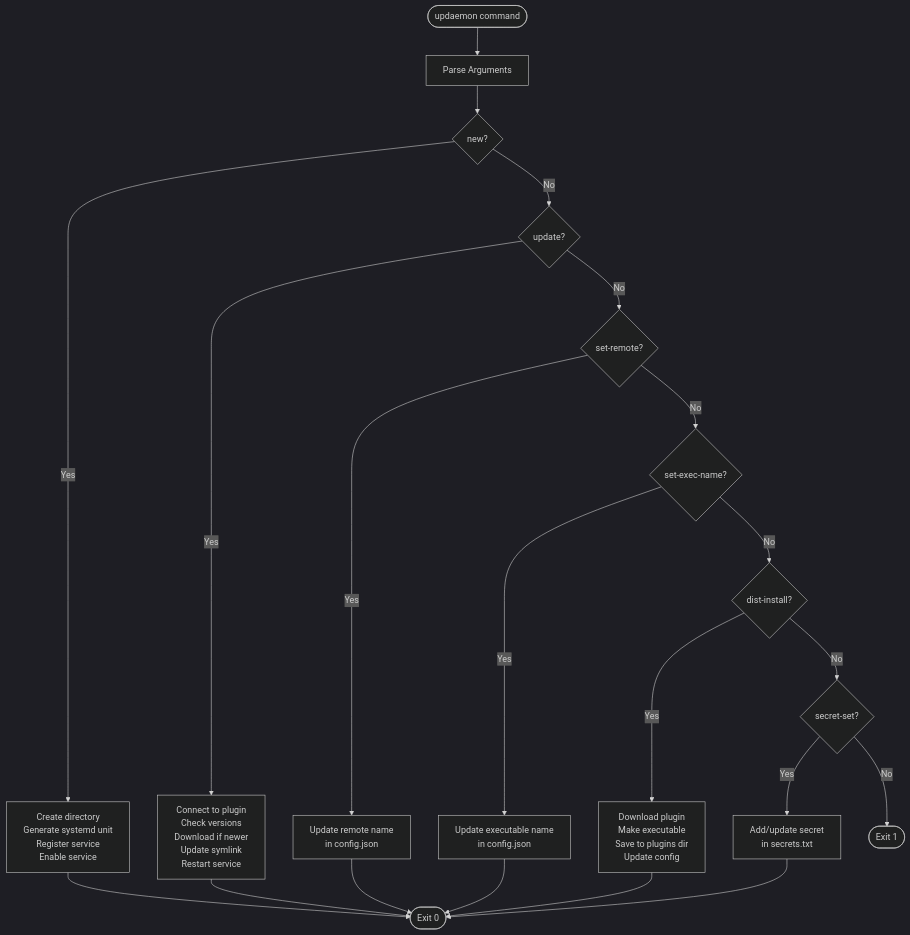
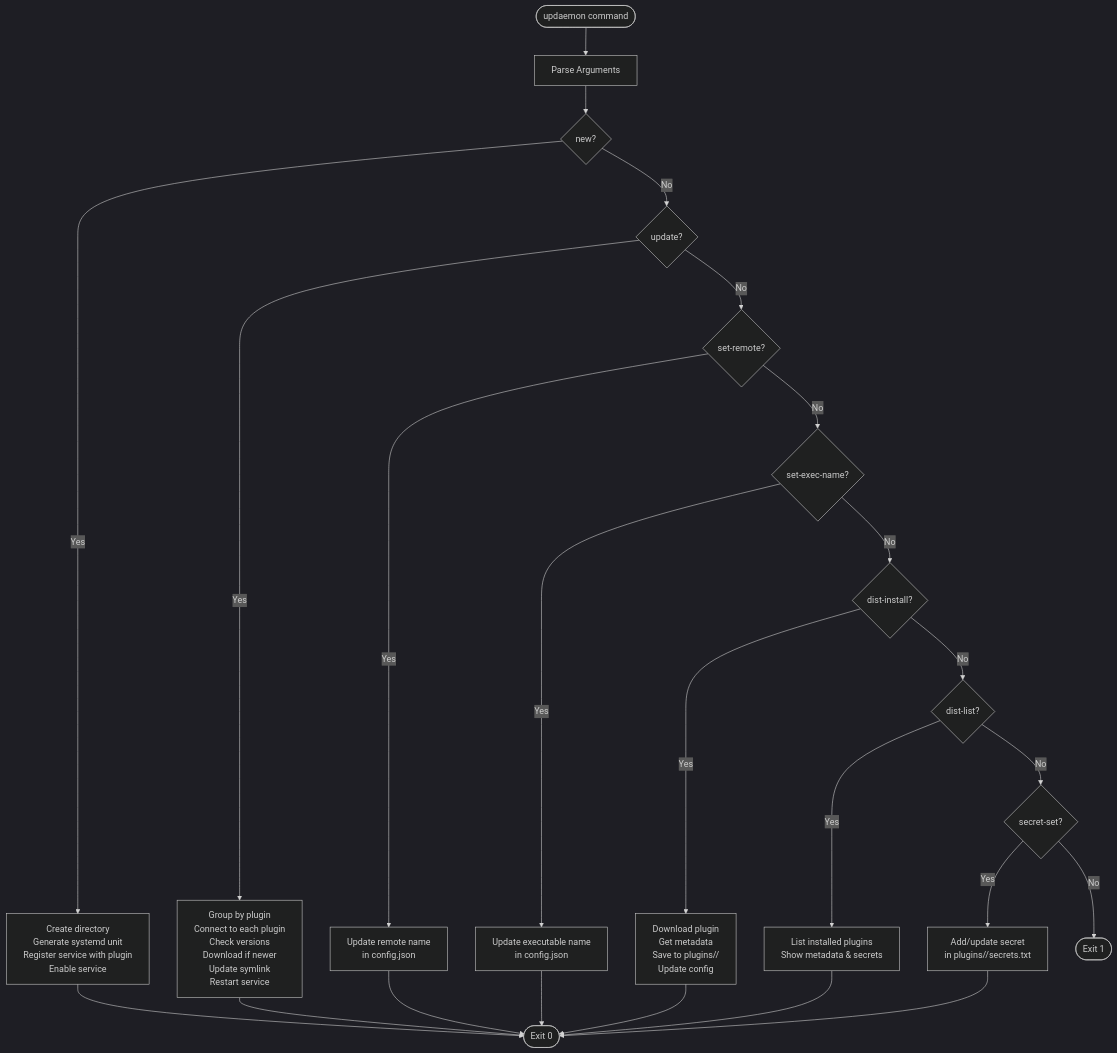
The fifth of 6 diagrams in README.md (AdamTovatt/updaemon), drawn with Mermaid (dark theme) before and after one commit. The commit also changed other lines of this file, not shown here.

````diff
--- a/README.md
+++ b/README.md
@@ -664,44 +666,49 @@
 ```mermaid
 graph TD
     Start([updaemon command])
     Parse[Parse Arguments]
     
     New{new?}
     Update{update?}
     SetRemote{set-remote?}
     SetExecName{set-exec-name?}
     DistInstall{dist-install?}
+    DistList{dist-list?}
     SecretSet{secret-set?}
     
-    NewAction[Create directory<br/>Generate systemd unit<br/>Register service<br/>Enable service]
-    UpdateAction[Connect to plugin<br/>Check versions<br/>Download if newer<br/>Update symlink<br/>Restart service]
+    NewAction[Create directory<br/>Generate systemd unit<br/>Register service with plugin<br/>Enable service]
+    UpdateAction[Group by plugin<br/>Connect to each plugin<br/>Check versions<br/>Download if newer<br/>Update symlink<br/>Restart service]
     SetRemoteAction[Update remote name<br/>in config.json]
     SetExecNameAction[Update executable name<br/>in config.json]
-    DistInstallAction[Download plugin<br/>Make executable<br/>Save to plugins dir<br/>Update config]
-    SecretSetAction[Add/update secret<br/>in secrets.txt]
+    DistInstallAction[Download plugin<br/>Get metadata<br/>Save to plugins/<alias>/<br/>Update config]
+    DistListAction[List installed plugins<br/>Show metadata & secrets]
+    SecretSetAction[Add/update secret<br/>in plugins/<alias>/secrets.txt]
     
     Success([Exit 0])
     Error([Exit 1])
     
     Start --> Parse
     Parse --> New
     New -->|Yes| NewAction
     New -->|No| Update
     Update -->|Yes| UpdateAction
     Update -->|No| SetRemote
     SetRemote -->|Yes| SetRemoteAction
     SetRemote -->|No| SetExecName
     SetExecName -->|Yes| SetExecNameAction
     SetExecName -->|No| DistInstall
     DistInstall -->|Yes| DistInstallAction
-    DistInstall -->|No| SecretSet
+    DistInstall -->|No| DistList
+    DistList -->|Yes| DistListAction
+    DistList -->|No| SecretSet
     SecretSet -->|Yes| SecretSetAction
     SecretSet -->|No| Error
     
     NewAction --> Success
     UpdateAction --> Success
     SetRemoteAction --> Success
     SetExecNameAction --> Success
     DistInstallAction --> Success
+    DistListAction --> Success
     SecretSetAction --> Success
 ```
````
